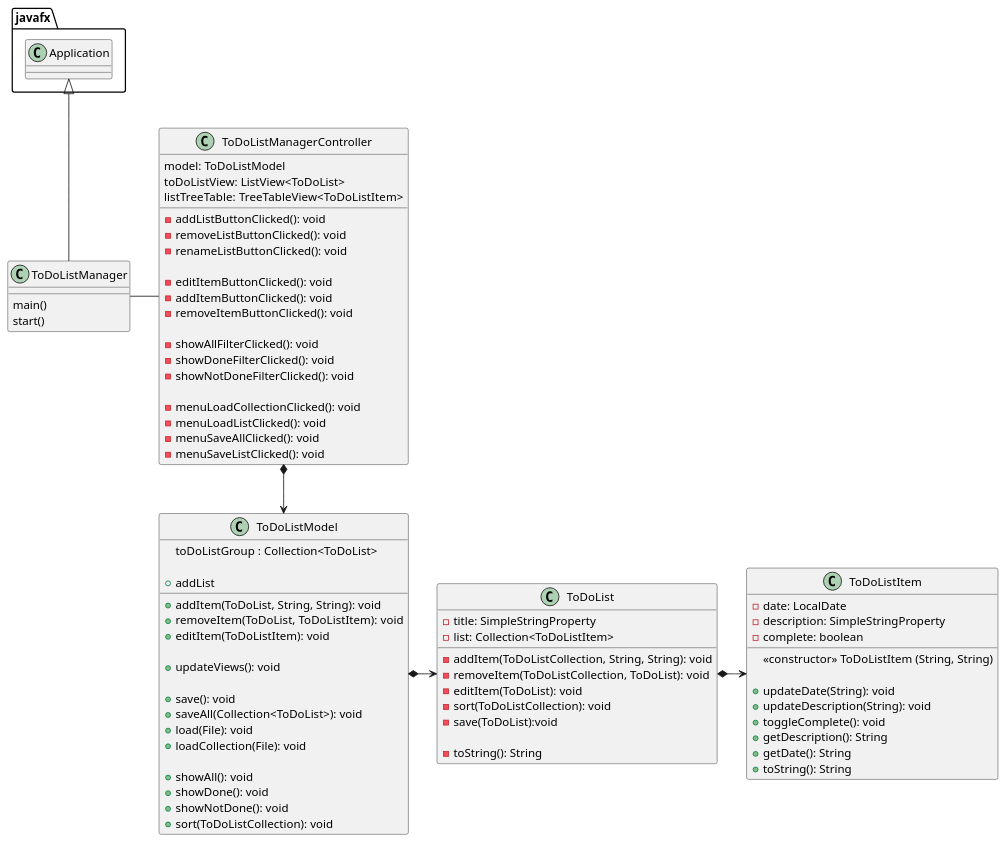
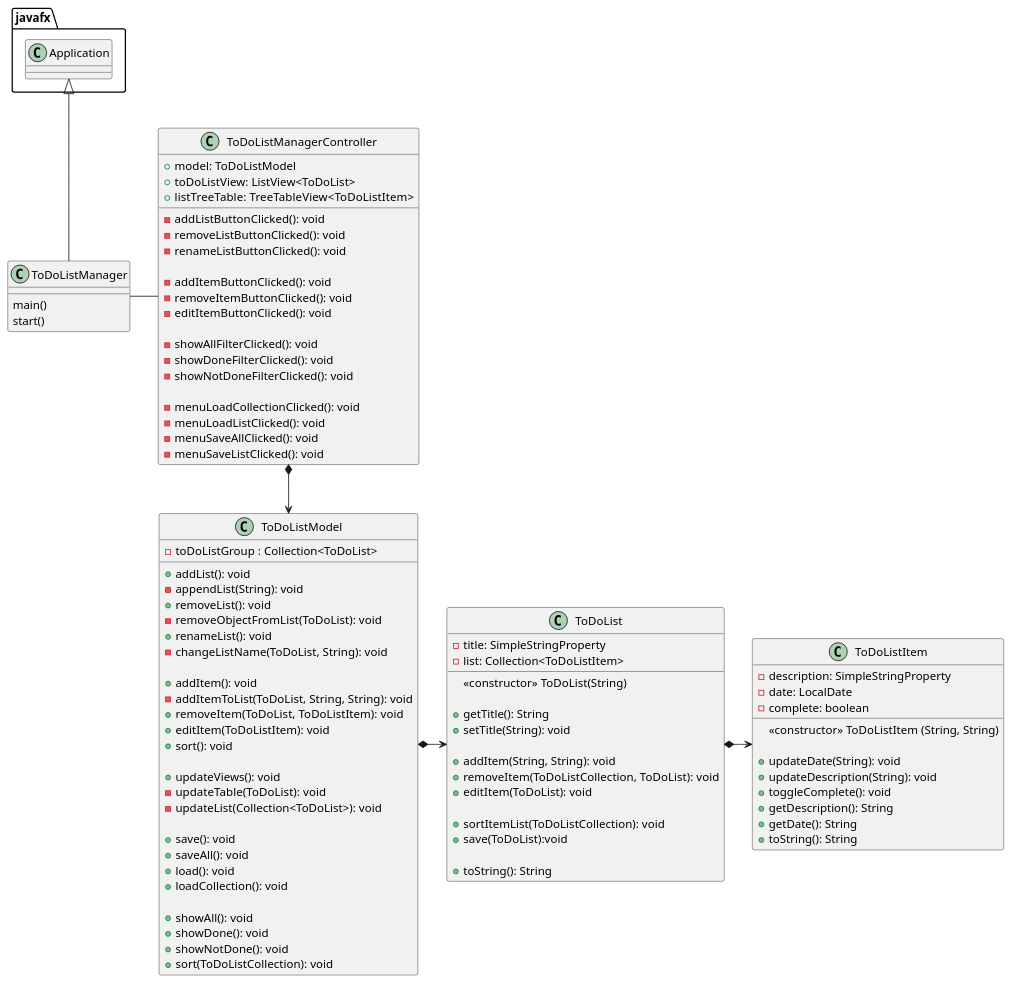
One commit to GSabiniPanini/little-cop3330-assignment4 changed the diagram in uml/ToDoListManager.puml. Above: the diagram before and after it, drawn with PlantUML. The commit also changed 6 other files, not shown here.

```diff
--- a/uml/ToDoListManager.puml
+++ b/uml/ToDoListManager.puml
@@ -1,88 +1,103 @@
 @startuml
 'https://plantuml.com/class-diagram'
 
 class ToDoListManager {
     main()
     start()
 }
 
 class ToDoListManagerController {
-    model: ToDoListModel
-    toDoListView: ListView<ToDoList>
-    listTreeTable: TreeTableView<ToDoListItem>
+    + model: ToDoListModel
+    + toDoListView: ListView<ToDoList>
+    + listTreeTable: TreeTableView<ToDoListItem>
 
     - addListButtonClicked(): void
     - removeListButtonClicked(): void
     - renameListButtonClicked(): void
 
-    - editItemButtonClicked(): void
     - addItemButtonClicked(): void
     - removeItemButtonClicked(): void
+    - editItemButtonClicked(): void
 
     - showAllFilterClicked(): void
     - showDoneFilterClicked(): void
     - showNotDoneFilterClicked(): void
 
     - menuLoadCollectionClicked(): void
     - menuLoadListClicked(): void
     - menuSaveAllClicked(): void
     - menuSaveListClicked(): void
 }
 
 class ToDoListModel {
-    toDoListGroup : Collection<ToDoList>
+    - toDoListGroup : Collection<ToDoList>
 
-    + addList
+    + addList(): void
+    - appendList(String): void
+    + removeList(): void
+    - removeObjectFromList(ToDoList): void
+    + renameList(): void
+    - changeListName(ToDoList, String): void
 
-    + addItem(ToDoList, String, String): void
+    + addItem(): void
+    - addItemToList(ToDoList, String, String): void
     + removeItem(ToDoList, ToDoListItem): void
     + editItem(ToDoListItem): void
+    + sort(): void
 
     + updateViews(): void
+    - updateTable(ToDoList): void
+    - updateList(Collection<ToDoList>): void
 
     + save(): void
-    + saveAll(Collection<ToDoList>): void
-    + load(File): void
-    + loadCollection(File): void
+    + saveAll(): void
+    + load(): void
+    + loadCollection(): void
 
     + showAll(): void
     + showDone(): void
     + showNotDone(): void
     + sort(ToDoListCollection): void
 }
 
 class ToDoList {
     - title: SimpleStringProperty
     - list: Collection<ToDoListItem>
 
-    - addItem(ToDoListCollection, String, String): void
-    - removeItem(ToDoListCollection, ToDoList): void
-    - editItem(ToDoList): void
-    - sort(ToDoListCollection): void
-    - save(ToDoList):void
+    <<constructor>> ToDoList(String)
 
-    - toString(): String
+    + getTitle(): String
+    + setTitle(String): void
+
+    + addItem(String, String): void
+    + removeItem(ToDoListCollection, ToDoList): void
+    + editItem(ToDoList): void
+
+    + sortItemList(ToDoListCollection): void
+    + save(ToDoList):void
+
+    + toString(): String
 }
 
 class ToDoListItem {
+    - description: SimpleStringProperty
     - date: LocalDate
-    - description: SimpleStringProperty
     - complete: boolean
 
     <<constructor>> ToDoListItem (String, String)
 
     + updateDate(String): void
     + updateDescription(String): void
     + toggleComplete(): void
     + getDescription(): String
     + getDate(): String
     + toString(): String
 }
 
 javafx.Application <|-- ToDoListManager
 ToDoListManager - ToDoListManagerController
 ToDoListManagerController *--> ToDoListModel
 ToDoListModel *-> ToDoList
 ToDoList *-> ToDoListItem
 
 @enduml
```
